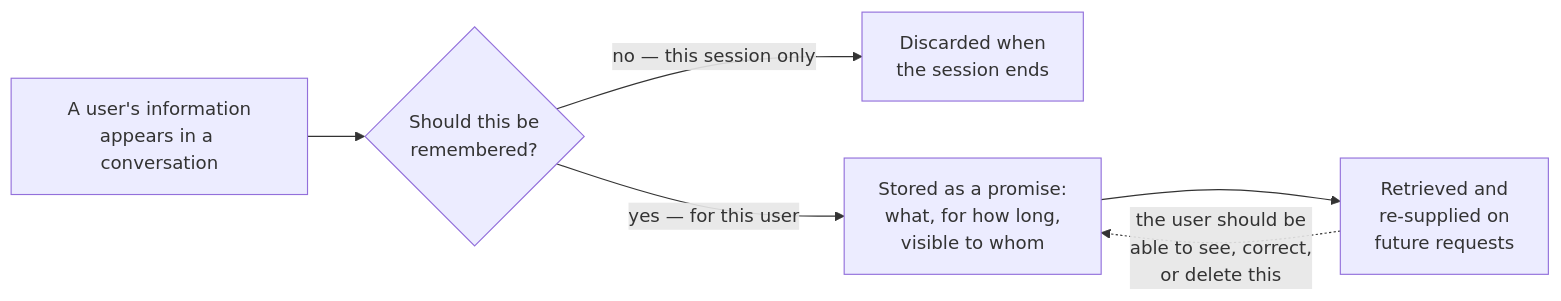
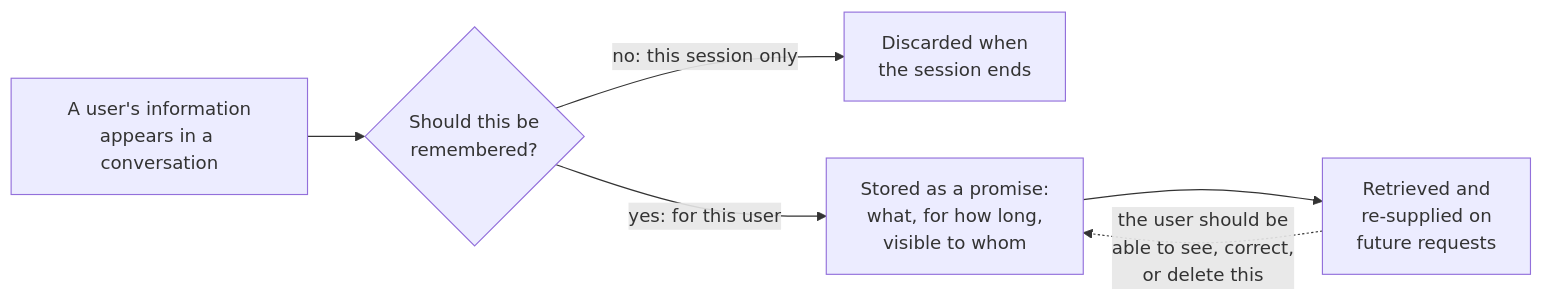
The diagram in memory-and-context/memory-as-a-product-decision.md (aakashagg123/gatsby), drawn with Mermaid before and after one commit. The commit also changed other lines of this file and 22 other files, not shown here.

````diff
--- a/memory-and-context/memory-as-a-product-decision.md
+++ b/memory-and-context/memory-as-a-product-decision.md
@@ -45,8 +46,8 @@
 ```mermaid
 flowchart LR
   Q["A user's information<br/>appears in a conversation"] --> D{"Should this be<br/>remembered?"}
-  D -->|"no — this session only"| GONE["Discarded when<br/>the session ends"]
-  D -->|"yes — for this user"| STORE["Stored as a promise:<br/>what, for how long,<br/>visible to whom"]
+  D -->|"no: this session only"| GONE["Discarded when<br/>the session ends"]
+  D -->|"yes: for this user"| STORE["Stored as a promise:<br/>what, for how long,<br/>visible to whom"]
   STORE --> DELIVER["Retrieved and<br/>re-supplied on<br/>future requests"]
   DELIVER -.->|"the user should be<br/>able to see, correct,<br/>or delete this"| STORE
 ```
````
